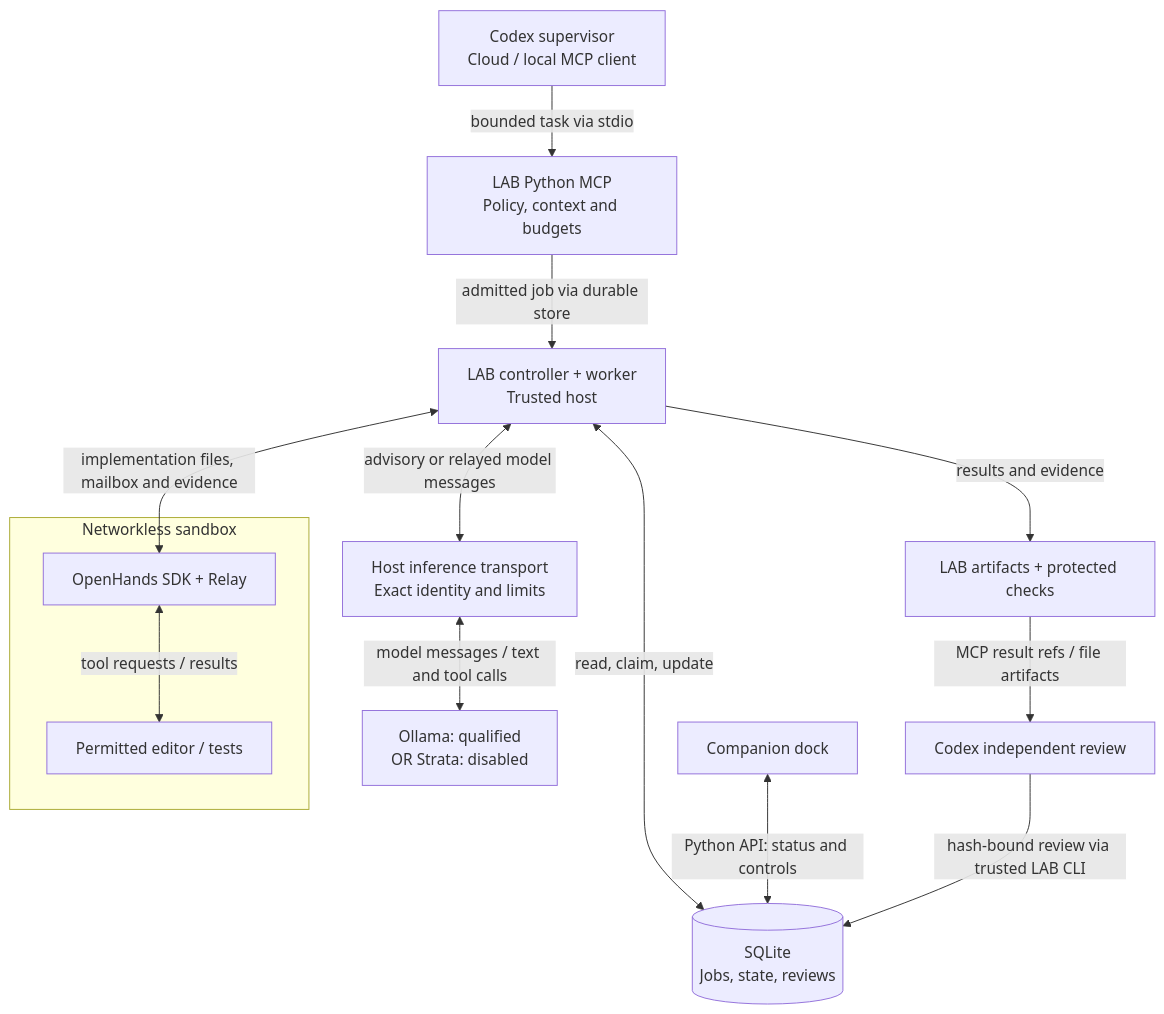
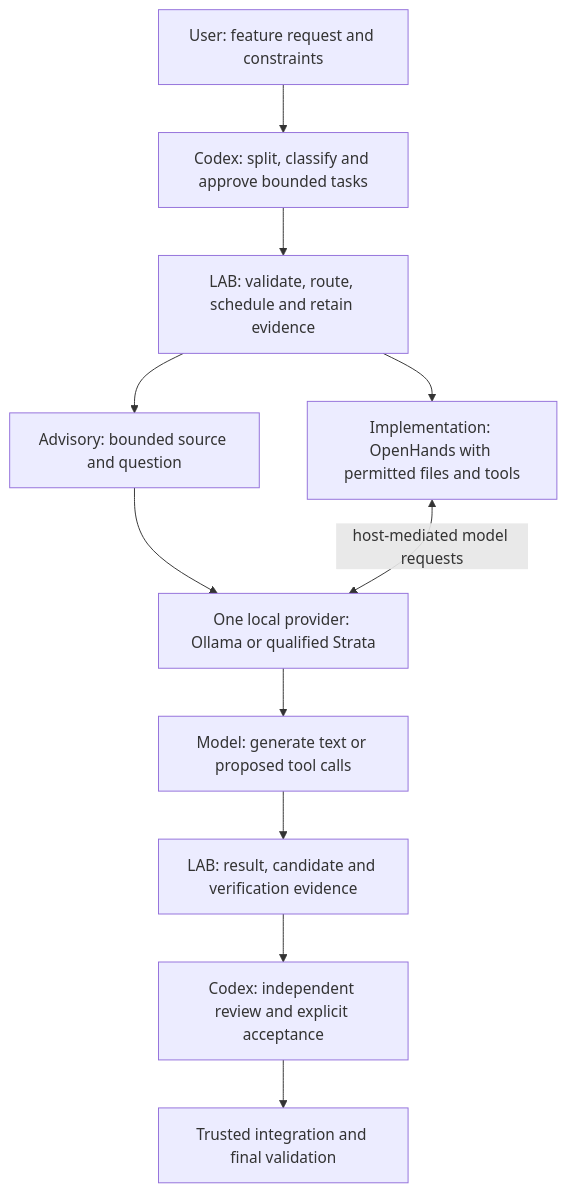
One commit to nishdel/OmniLAB-Local-Agent-Bridge- changed the first of 2 diagrams in README.md. Above: the diagram before and after it, drawn with Mermaid. The commit also changed other lines of this file and 14 other files, not shown here.

Commit message:
Prepare user-ready workflows and bounded delegation comparison

````diff
--- a/README.md
+++ b/README.md
@@ -24,27 +31,13 @@
 ```mermaid
 flowchart TD
-    C["Codex supervisor<br/>Cloud / local MCP client"]
-    M["LAB Python MCP<br/>Policy, context and budgets"]
-    W["LAB controller + worker<br/>Trusted host"]
-    DB[("SQLite<br/>Jobs, state, reviews")]
-    K["Companion dock"]
-    I["Host inference transport<br/>Exact identity and limits"]
-    subgraph Box["Networkless sandbox"]
-        H["OpenHands SDK + Relay"]
-        T["Permitted editor / tests"]
-        H <-->|"tool requests / results"| T
-    end
-    O["Ollama: qualified<br/>OR Strata: disabled"]
-    E["LAB artifacts + protected checks"]
-    V["Codex independent review"]
-    C -->|"bounded task via stdio"| M
-    M -->|"admitted job via durable store"| W
-    W <-->|"read, claim, update"| DB
-    K <-->|"Python API: status and controls"| DB
-    W <-->|"advisory or relayed model messages"| I
-    W <-->|"implementation files, mailbox and evidence"| H
-    I <-->|"model messages / text and tool calls"| O
-    W -->|"results and evidence"| E
-    E -->|"MCP result refs / file artifacts"| V
-    V -->|"hash-bound review via trusted LAB CLI"| DB
+    U["User: feature request and constraints"] --> C["Codex: split, classify and approve bounded tasks"]
+    C --> L["LAB: validate, route, schedule and retain evidence"]
+    L --> A["Advisory: bounded source and question"]
+    L --> H["Implementation: OpenHands with permitted files and tools"]
+    A --> P["One local provider: Ollama or qualified Strata"]
+    H <-->|"host-mediated model requests"| P
+    P --> M["Model: generate text or proposed tool calls"]
+    M --> E["LAB: result, candidate and verification evidence"]
+    E --> R["Codex: independent review and explicit acceptance"]
+    R --> I["Trusted integration and final validation"]
 ```
````
